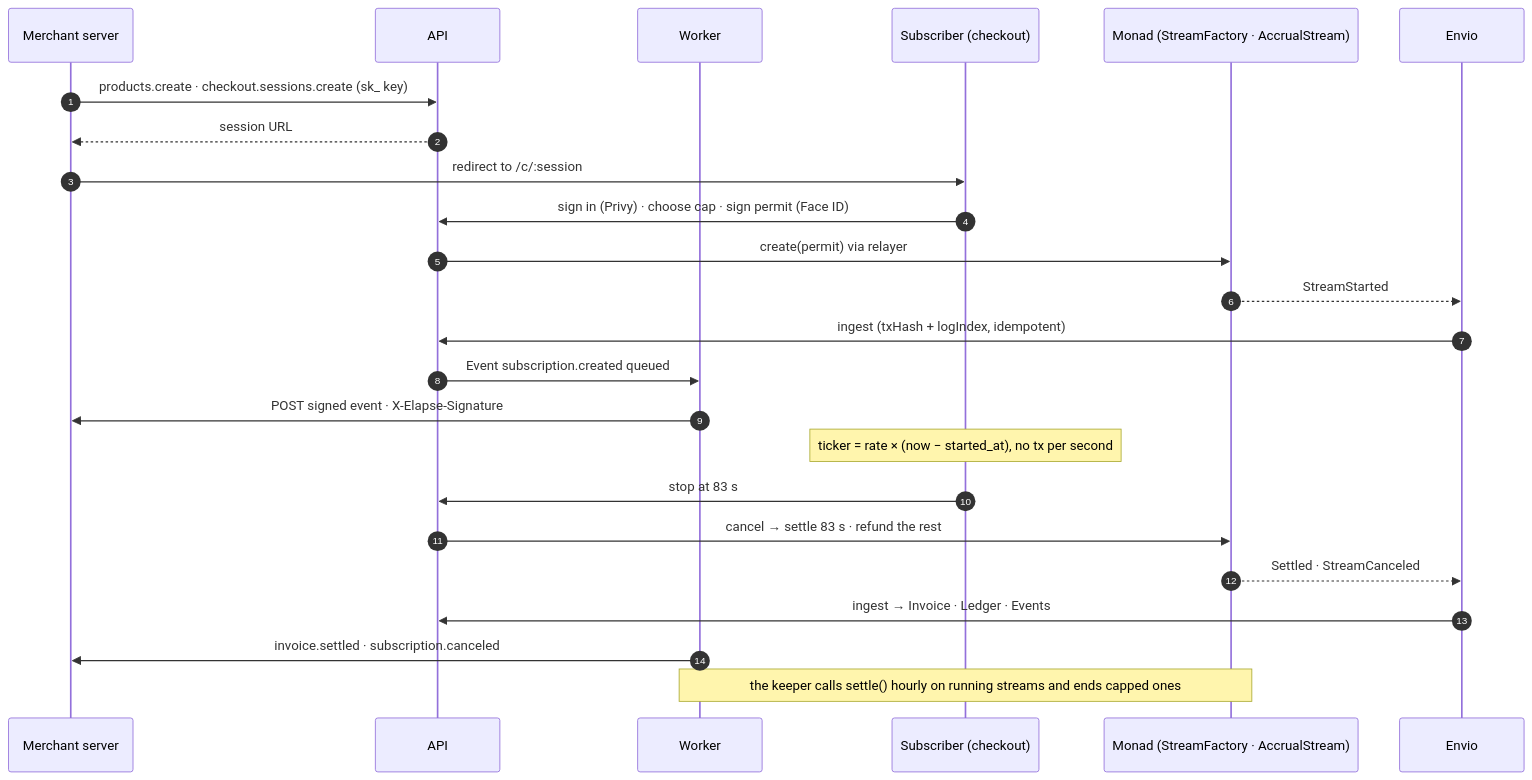
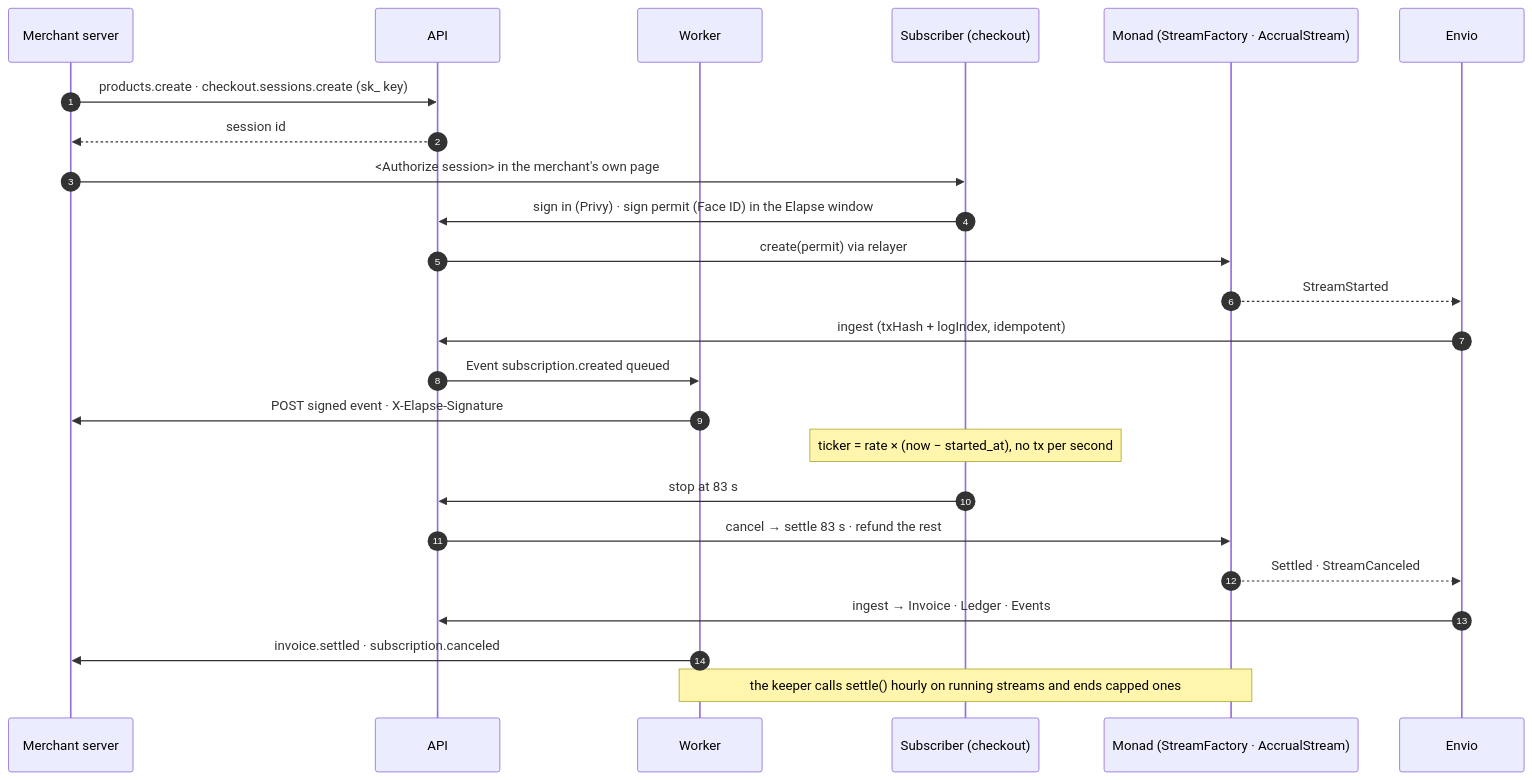
One commit to furqaannabi/elapse changed the second of 2 diagrams in README.md. Above: the diagram before and after it, drawn with Mermaid. The commit also changed other lines of this file and 6 other files, not shown here.

````diff
--- a/README.md
+++ b/README.md
@@ -79,27 +80,27 @@
 ```mermaid
 sequenceDiagram
   autonumber
   participant M as Merchant server
   participant A as API
   participant W as Worker
   participant S as Subscriber (checkout)
   participant C as Monad (StreamFactory · AccrualStream)
   participant E as Envio
 
   M->>A: products.create · checkout.sessions.create (sk_ key)
-  A-->>M: session URL
-  M->>S: redirect to /c/:session
-  S->>A: sign in (Privy) · choose cap · sign permit (Face ID)
+  A-->>M: session id
+  M->>S: <Authorize session> in the merchant's own page
+  S->>A: sign in (Privy) · sign permit (Face ID) in the Elapse window
   A->>C: create(permit) via relayer
   C-->>E: StreamStarted
   E->>A: ingest (txHash + logIndex, idempotent)
   A->>W: Event subscription.created queued
   W->>M: POST signed event · X-Elapse-Signature
   Note over S: ticker = rate × (now − started_at), no tx per second
   S->>A: stop at 83 s
   A->>C: cancel → settle 83 s · refund the rest
   C-->>E: Settled · StreamCanceled
   E->>A: ingest → Invoice · Ledger · Events
   W->>M: invoice.settled · subscription.canceled
   Note over W,C: the keeper calls settle() hourly on running streams and ends capped ones
 ```
````
